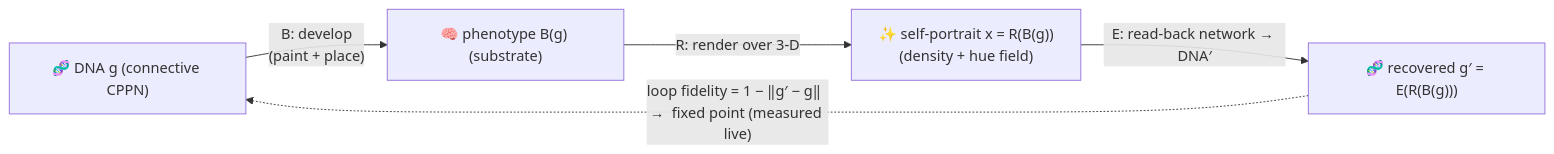
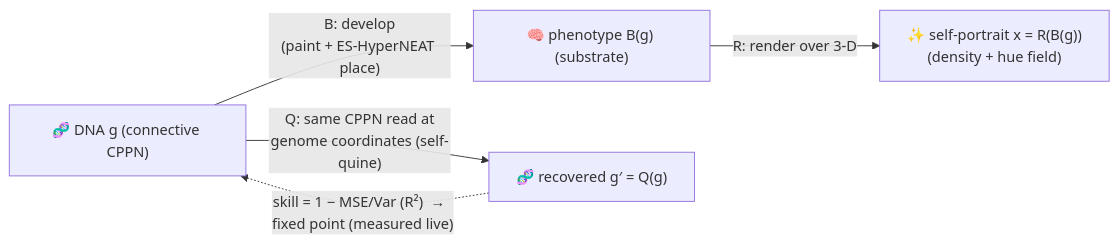
Before and after one commit to admiralakber/autograph: the diagram in docs/WHITEPAPER.md, drawn with Mermaid. The commit also changed other lines of this file and 6 other files, not shown here.

First line of the commit message:
docs: reconcile every claim to the genuine ES-HyperNEAT + self-quine

````diff
--- a/docs/WHITEPAPER.md
+++ b/docs/WHITEPAPER.md
@@ -73,7 +77,7 @@
 ```mermaid
 flowchart LR
-  G["🧬 DNA g (connective CPPN)"] -->|"B: develop<br/>(paint + place)"| P["🧠 phenotype B(g) (substrate)"]
+  G["🧬 DNA g (connective CPPN)"] -->|"B: develop<br/>(paint + ES-HyperNEAT place)"| P["🧠 phenotype B(g) (substrate)"]
   P -->|"R: render over 3-D"| X["✨ self-portrait x = R(B(g))<br/>(density + hue field)"]
-  X -->|"E: read-back network → DNA′"| G2["🧬 recovered g′ = E(R(B(g)))"]
-  G2 -. "loop fidelity = 1 − ‖g′ − g‖  →  fixed point (measured live)" .-> G
+  G -->|"Q: same CPPN read at<br/>genome coordinates (self-quine)"| G2["🧬 recovered g′ = Q(g)"]
+  G2 -. "skill = 1 − MSE/Var (R²)  →  fixed point (measured live)" .-> G
 ```
````
